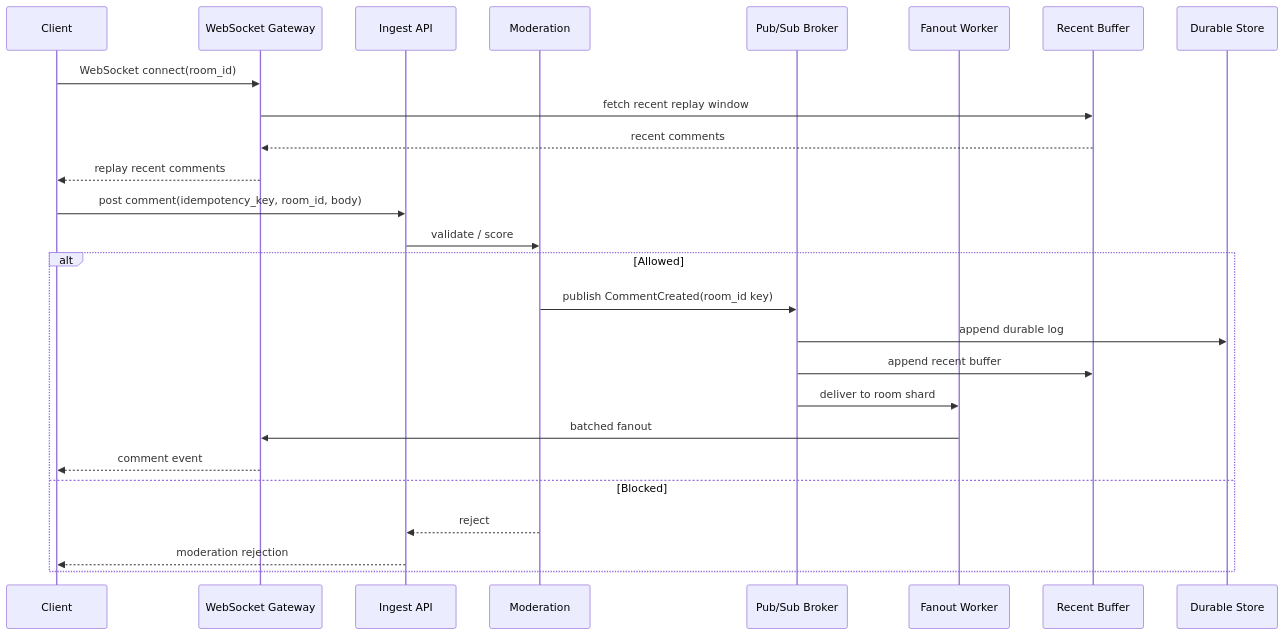
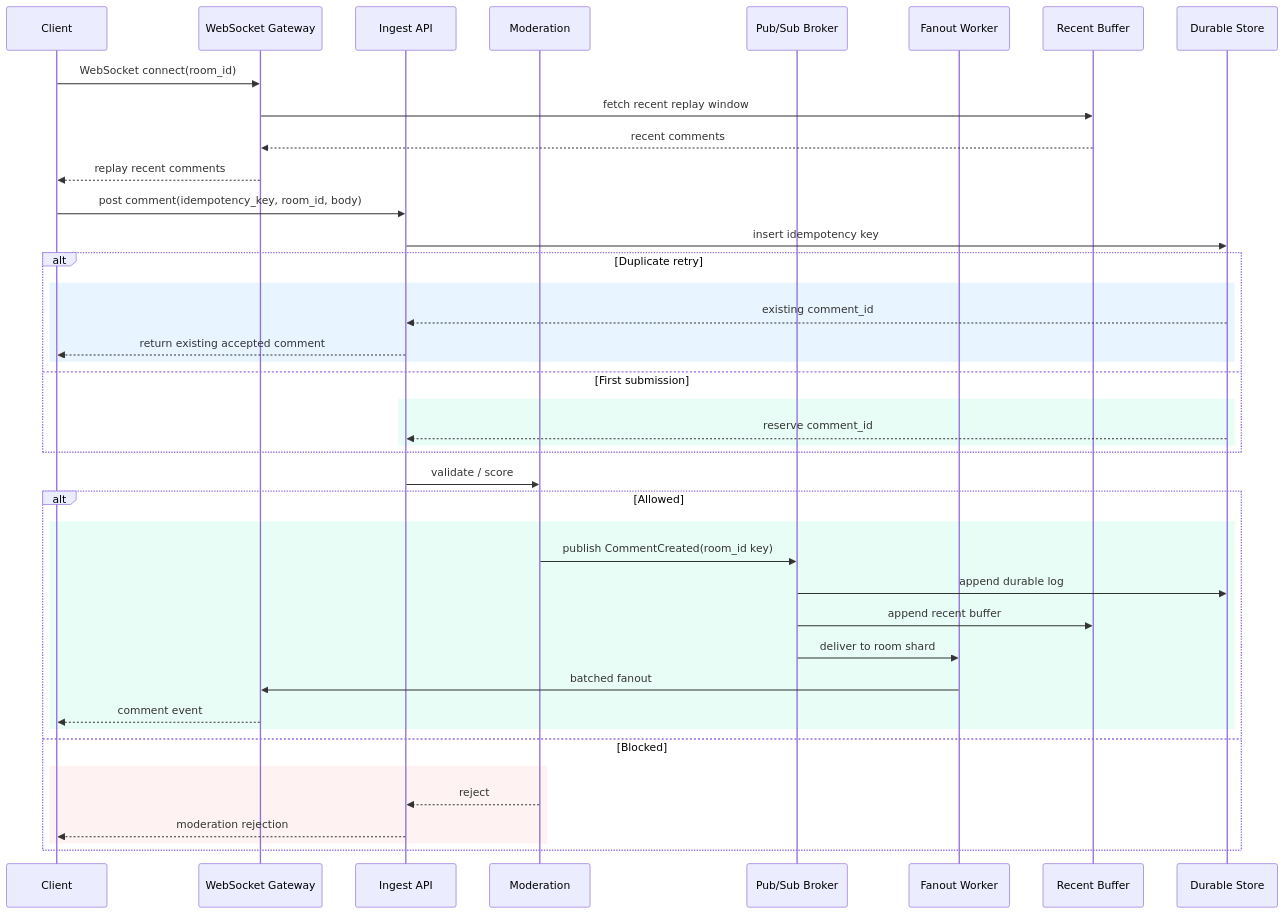
One commit to MachariaP/system-design-academy changed the tenth of 10 diagrams in blueprints/system-designs.md. Above: the diagram before and after it, drawn with Mermaid. The commit also changed other lines of this file, not shown here.

````diff
--- a/blueprints/system-designs.md
+++ b/blueprints/system-designs.md
@@ -894,29 +1051,44 @@
 ```mermaid
 sequenceDiagram
     participant C as Client
     participant E as WebSocket Gateway
     participant I as Ingest API
     participant M as Moderation
     participant B as Pub/Sub Broker
     participant F as Fanout Worker
     participant R as Recent Buffer
     participant S as Durable Store
 
     C->>E: WebSocket connect(room_id)
     E->>R: fetch recent replay window
     R-->>E: recent comments
     E-->>C: replay recent comments
     C->>I: post comment(idempotency_key, room_id, body)
+    I->>S: insert idempotency key
+    alt Duplicate retry
+        rect rgb(232, 244, 255)
+        S-->>I: existing comment_id
+        I-->>C: return existing accepted comment
+        end
+    else First submission
+        rect rgb(232, 253, 245)
+        S-->>I: reserve comment_id
+        end
+    end
     I->>M: validate / score
     alt Allowed
+        rect rgb(232, 253, 245)
         M->>B: publish CommentCreated(room_id key)
         B->>S: append durable log
         B->>R: append recent buffer
         B->>F: deliver to room shard
         F->>E: batched fanout
         E-->>C: comment event
+        end
     else Blocked
+        rect rgb(254, 242, 242)
         M-->>I: reject
         I-->>C: moderation rejection
+        end
     end
 ```
````
